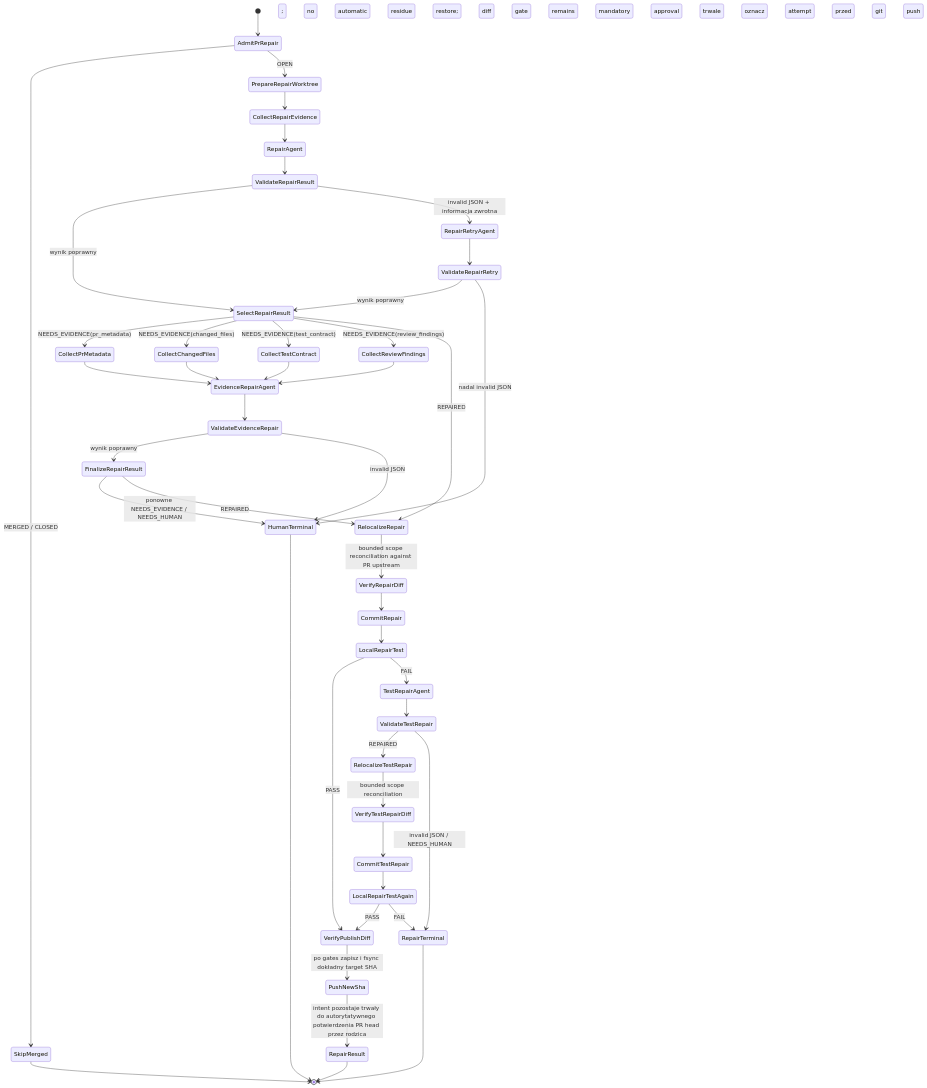
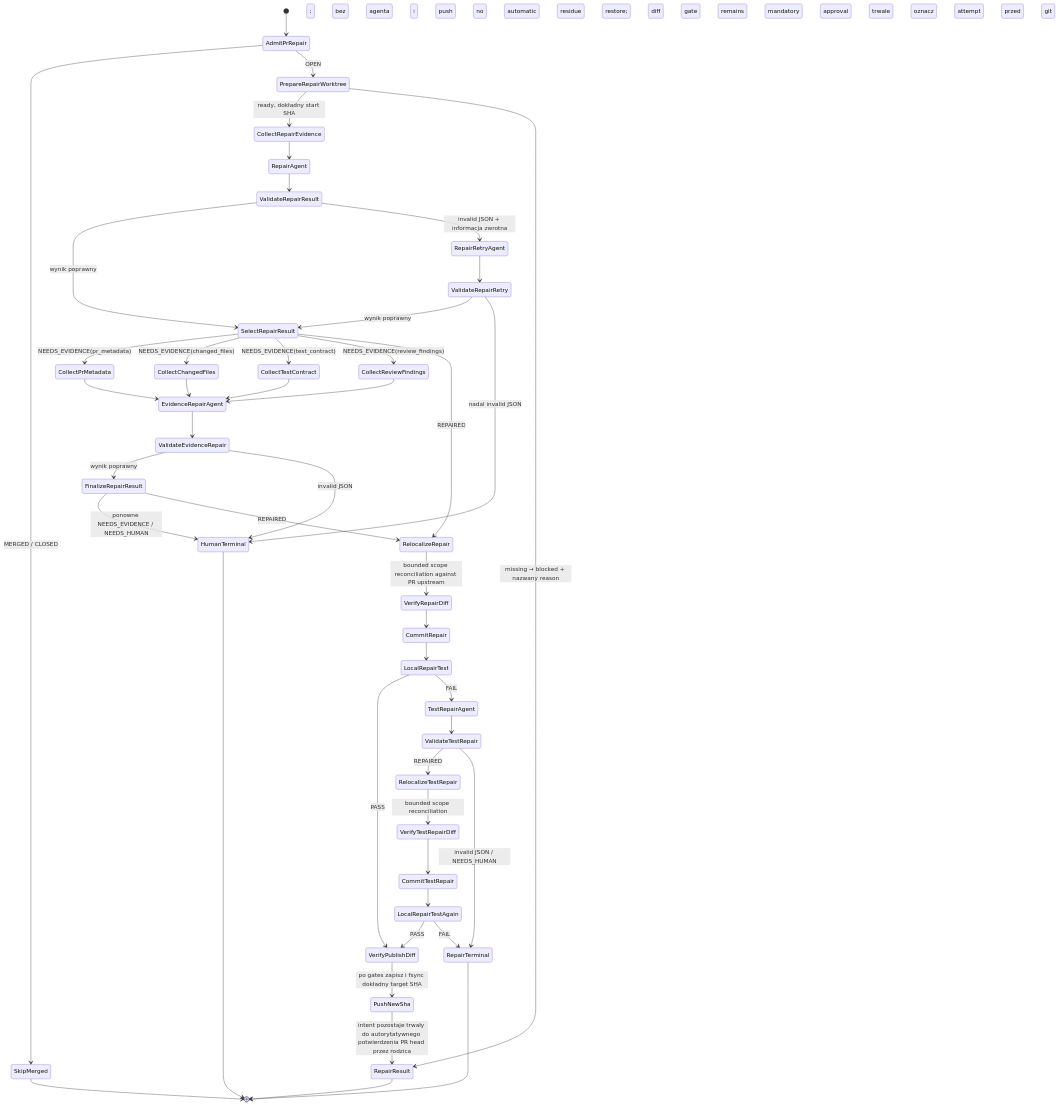
Diagram 45 of 46 in README.md (mikolaj92/lokay), drawn with Mermaid before and after one commit. The commit also changed other lines of this file and 58 other files, not shown here.

Commit message:
fix: preserve repair SHA and truthful review evidence

````diff
--- a/README.md
+++ b/README.md
@@ -1502,47 +1509,48 @@
 ```mermaid
 stateDiagram-v2
     [*] --> AdmitPrRepair
     AdmitPrRepair --> SkipMerged: MERGED / CLOSED
     SkipMerged --> [*]
     AdmitPrRepair --> PrepareRepairWorktree: OPEN
-    PrepareRepairWorktree --> CollectRepairEvidence
+    PrepareRepairWorktree --> CollectRepairEvidence: ready, dokładny start SHA
+    PrepareRepairWorktree --> RepairResult: missing → blocked + nazwany reason; bez agenta i push
     CollectRepairEvidence --> RepairAgent
     RepairAgent --> ValidateRepairResult
     ValidateRepairResult --> SelectRepairResult: wynik poprawny
     ValidateRepairResult --> RepairRetryAgent: invalid JSON + informacja zwrotna
     RepairRetryAgent --> ValidateRepairRetry
     ValidateRepairRetry --> SelectRepairResult: wynik poprawny
     ValidateRepairRetry --> HumanTerminal: nadal invalid JSON
     SelectRepairResult --> CollectPrMetadata: NEEDS_EVIDENCE(pr_metadata)
     SelectRepairResult --> CollectChangedFiles: NEEDS_EVIDENCE(changed_files)
     SelectRepairResult --> CollectTestContract: NEEDS_EVIDENCE(test_contract)
     SelectRepairResult --> CollectReviewFindings: NEEDS_EVIDENCE(review_findings)
     CollectPrMetadata --> EvidenceRepairAgent
     CollectChangedFiles --> EvidenceRepairAgent
     CollectTestContract --> EvidenceRepairAgent
     CollectReviewFindings --> EvidenceRepairAgent
     EvidenceRepairAgent --> ValidateEvidenceRepair
     ValidateEvidenceRepair --> FinalizeRepairResult: wynik poprawny
     ValidateEvidenceRepair --> HumanTerminal: invalid JSON
     FinalizeRepairResult --> HumanTerminal: ponowne NEEDS_EVIDENCE / NEEDS_HUMAN
     SelectRepairResult --> RelocalizeRepair: REPAIRED
     FinalizeRepairResult --> RelocalizeRepair: REPAIRED
     RelocalizeRepair --> VerifyRepairDiff: bounded scope reconciliation against PR upstream; no automatic residue restore; diff gate remains mandatory
     VerifyRepairDiff --> CommitRepair
     CommitRepair --> LocalRepairTest
     LocalRepairTest --> VerifyPublishDiff: PASS
     LocalRepairTest --> TestRepairAgent: FAIL
     TestRepairAgent --> ValidateTestRepair
     ValidateTestRepair --> RelocalizeTestRepair: REPAIRED
     RelocalizeTestRepair --> VerifyTestRepairDiff: bounded scope reconciliation; no automatic approval
     ValidateTestRepair --> RepairTerminal: invalid JSON / NEEDS_HUMAN
     VerifyTestRepairDiff --> CommitTestRepair
     CommitTestRepair --> LocalRepairTestAgain
     LocalRepairTestAgain --> VerifyPublishDiff: PASS
     LocalRepairTestAgain --> RepairTerminal: FAIL
     VerifyPublishDiff --> PushNewSha: po gates zapisz i fsync dokładny target SHA; trwale oznacz attempt przed git push
     PushNewSha --> RepairResult: intent pozostaje trwały do autorytatywnego potwierdzenia PR head przez rodzica
     RepairResult --> [*]
     HumanTerminal --> [*]
     RepairTerminal --> [*]
 ```
````
